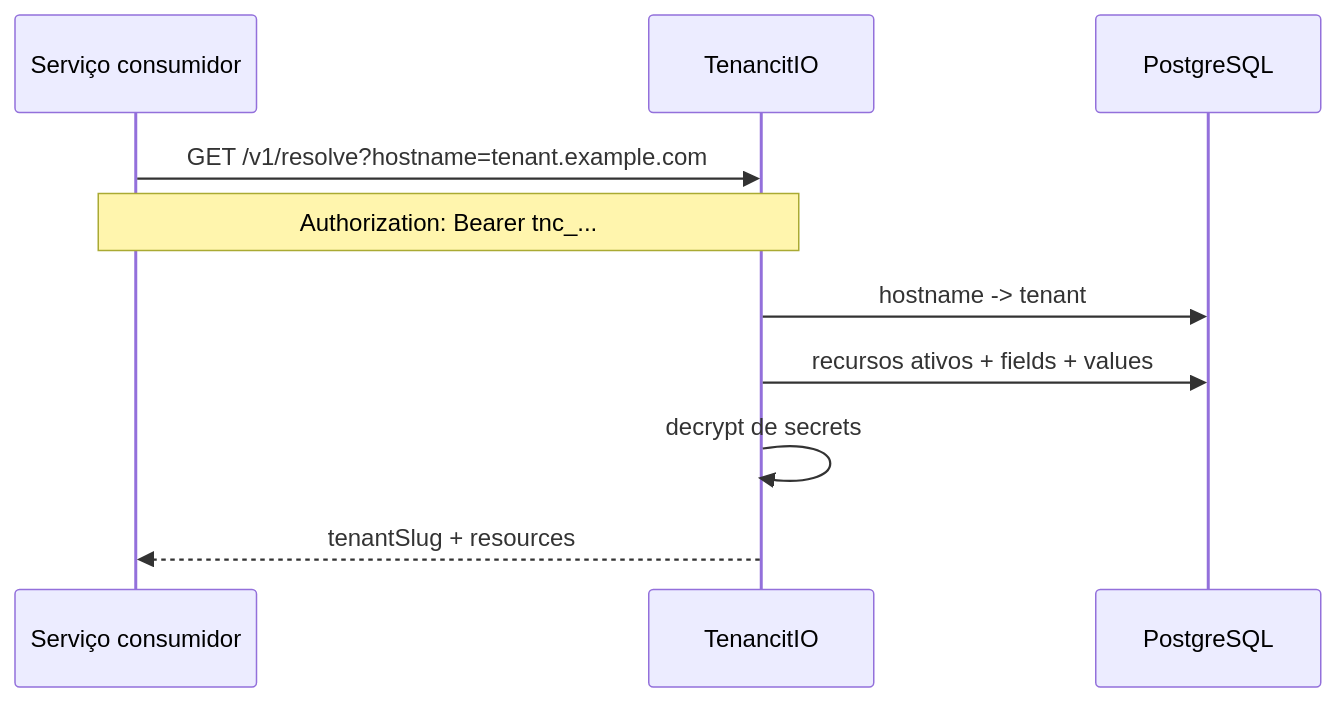
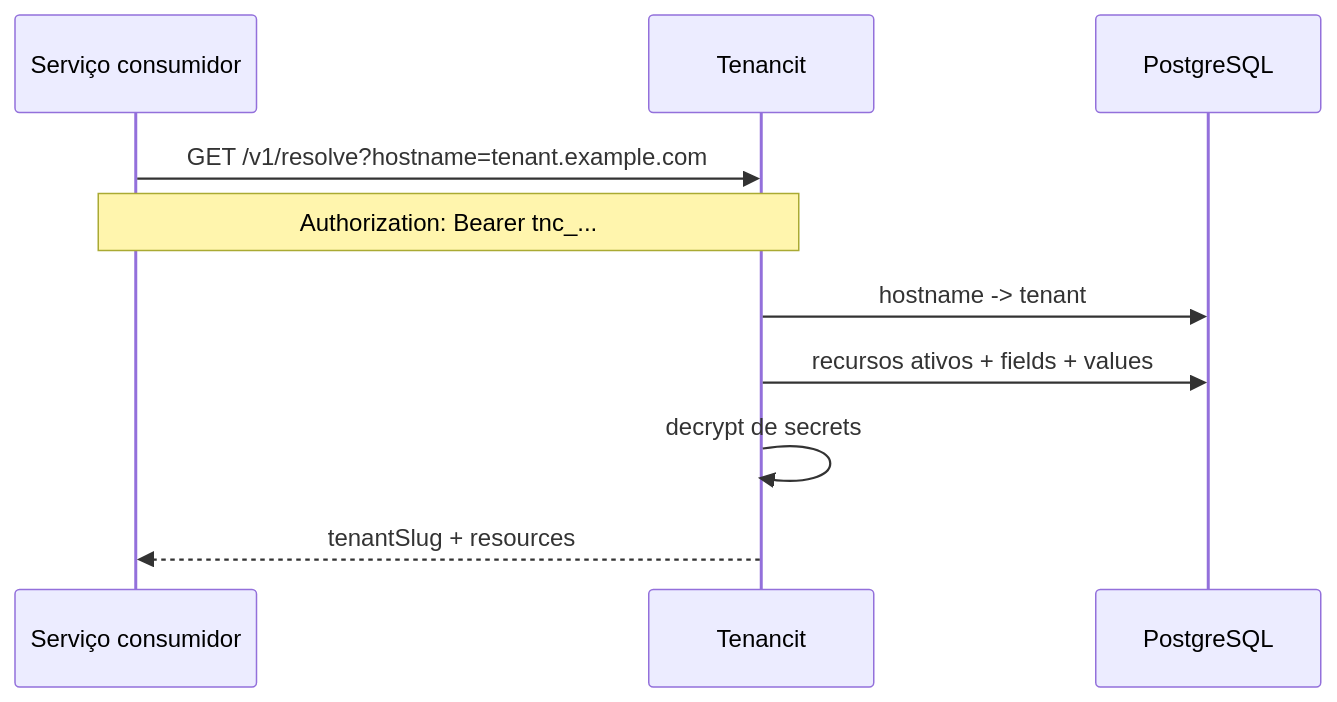
The first of 2 diagrams in docs/engenharia/01-arquitetura.adoc (djalmajr/tenancit), drawn with Mermaid before and after one commit. The commit also changed other lines of this file and 26 other files, not shown here.

```diff
--- a/docs/engenharia/01-arquitetura.adoc
+++ b/docs/engenharia/01-arquitetura.adoc
@@ -37,14 +37,14 @@
 [mermaid]
 ----
 sequenceDiagram
   participant C as Serviço consumidor
-  participant RTS as TenancitIO
+  participant RTS as Tenancit
   participant PG as PostgreSQL
 
   C->>RTS: GET /v1/resolve?hostname=tenant.example.com
   Note over C,RTS: Authorization: Bearer tnc_...
   RTS->>PG: hostname -> tenant
   RTS->>PG: recursos ativos + fields + values
   RTS->>RTS: decrypt de secrets
   RTS-->>C: tenantSlug + resources
 ----
```
